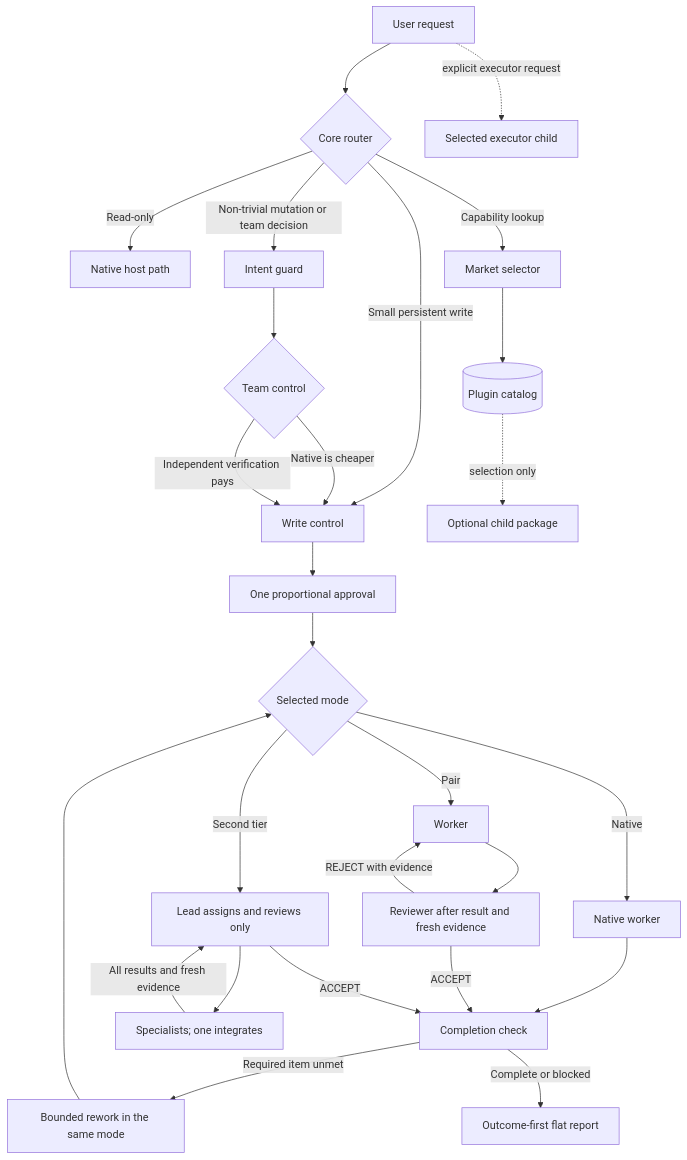
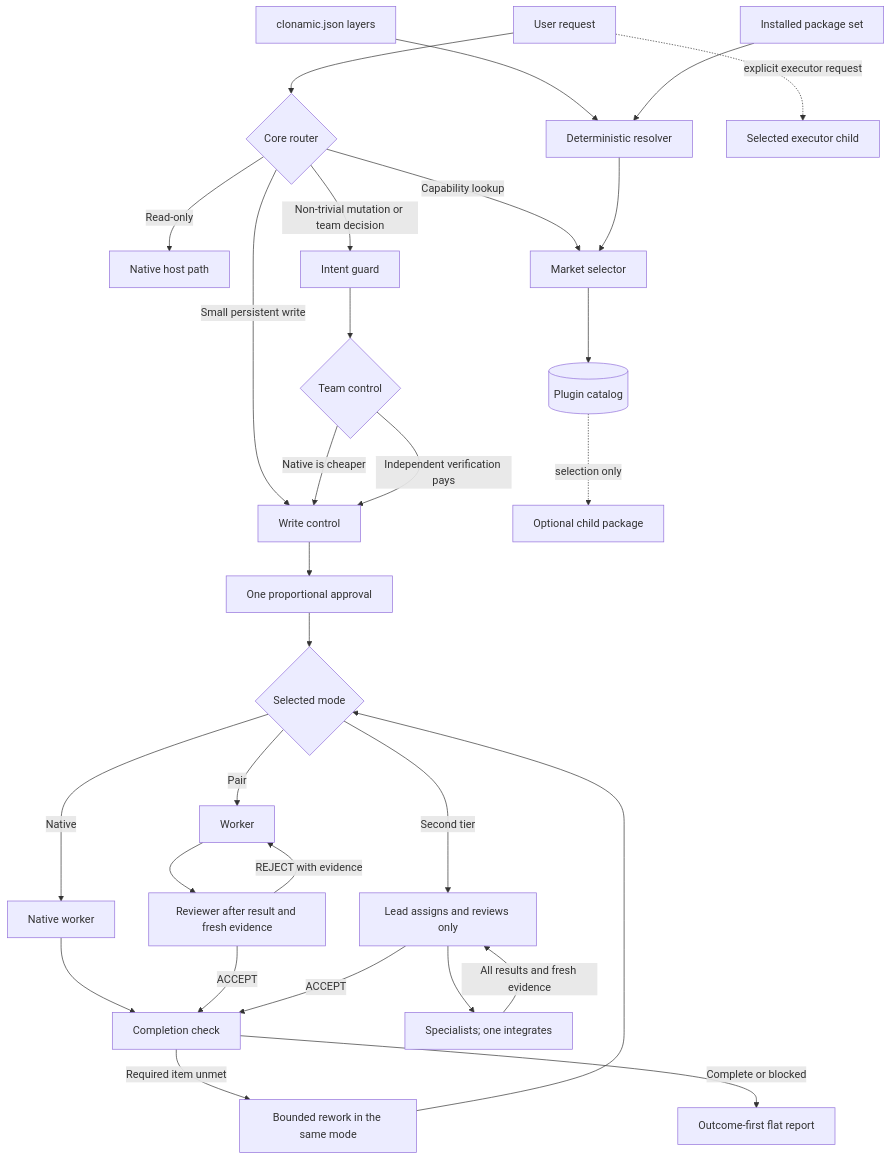
The diagram in README.md (algocean1204/clonamic-herness-plugin), drawn with Mermaid before and after one commit. The commit also changed other lines of this file and 94 other files, not shown here.

````diff
--- a/README.md
+++ b/README.md
@@ -48,29 +51,32 @@
 ```mermaid
 flowchart TB
     U[User request] --> R{Core router}
     R -->|Read-only| N[Native host path]
     R -->|Small persistent write| W[Write control]
     R -->|Non-trivial mutation or team decision| I[Intent guard]
     I --> T{Team control}
     T -->|Native is cheaper| W
     T -->|Independent verification pays| W
     W --> A[One proportional approval]
     A --> L{Selected mode}
     L -->|Native| X[Native worker]
     X --> C[Completion check]
     L -->|Pair| PW[Worker]
     PW --> V[Reviewer after result and fresh evidence]
     V -->|REJECT with evidence| PW
     V -->|ACCEPT| C
     L -->|Second tier| D[Lead assigns and reviews only]
     D --> S[Specialists; one integrates]
     S -->|All results and fresh evidence| D
     D -->|ACCEPT| C
     C -->|Required item unmet| B[Bounded rework in the same mode]
     B --> L
     C -->|Complete or blocked| P[Outcome-first flat report]
     R -->|Capability lookup| M[Market selector]
+    F[clonamic.json layers] --> Q[Deterministic resolver]
+    J[Installed package set] --> Q
+    Q --> M
     M --> K[(Plugin catalog)]
     K -. selection only .-> O[Optional child package]
     U -. explicit executor request .-> E[Selected executor child]
 ```
````
